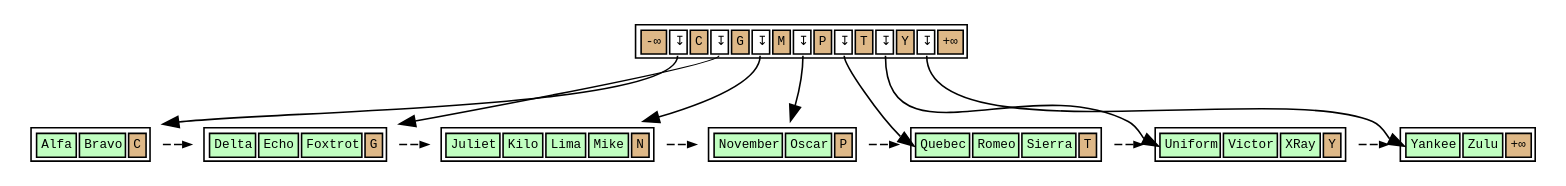
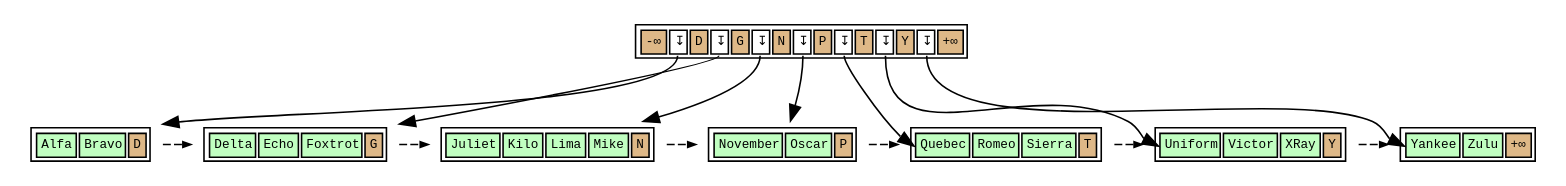
One commit to petergeoghegan/pg_query_internals changed the diagram in lehman-yao-orthodox-btree-suffix-short.dot. Above: the diagram before and after it, drawn with Graphviz. The commit also changed 1 other file, not shown here.

```diff
--- a/lehman-yao-orthodox-btree-suffix-short.dot
+++ b/lehman-yao-orthodox-btree-suffix-short.dot
@@ -1,138 +1,138 @@
 // Example B-Tree graph
 //
 // Breadth-first order
 //
 // Start from root, go left to right
 //
 // Workflow:
 //
 // $ dot -T svg btree.dot -o btree.svg;
 
 digraph nbtree {
 graph [fontname = "monospace"];
 node [shape = none,height=.1,fontname = "monospace",fontsize=8];
 // Level 1 (root level)
 // Downlinks + highkey:
 rootnode[ label=<<table>
                     <tr>
                         <td bgcolor='burlywood' port="s0">-&infin;</td>
                         <td bgcolor='white' port="d0">&#8615;</td>
-                        <td bgcolor='burlywood' port="s1">C</td>
+                        <td bgcolor='burlywood' port="s1">D</td>
                         <td bgcolor='white' port="d1">&#8615;</td>
                         <td bgcolor='burlywood' port="s2">G</td>
                         <td bgcolor='white' port="d2">&#8615;</td>
-                        <td bgcolor='burlywood' port="s3">M</td>
+                        <td bgcolor='burlywood' port="s3">N</td>
                         <td bgcolor='white' port="d3">&#8615;</td>
                         <td bgcolor='burlywood' port="s4">P</td>
                         <td bgcolor='white' port="d4">&#8615;</td>
                         <td bgcolor='burlywood' port="s5">T</td>
                         <td bgcolor='white' port="d5">&#8615;</td>
                         <td bgcolor='burlywood' port="s6">Y</td>
                         <td bgcolor='white' port="d6">&#8615;</td>
                         <td bgcolor='burlywood' port="hk">+&infin;</td>
                     </tr>
                 </table>
                >
         ];
 // Downlink arrows to children:
 "rootnode":d0 -> "leafnode_1"
 "rootnode":d1 -> "leafnode_2"
 "rootnode":d2 -> "leafnode_3"
 "rootnode":d3 -> "leafnode_4"
 // Still need this, to make arrows not overlap too much:
 "rootnode":d4 -> "leafnode_5":t0
 "rootnode":d5 -> "leafnode_6":t0
 "rootnode":d6 -> "leafnode_7":t0
 
 // sibling pointer:
 // (None)
 
 
 // Level 0 (leaf level)
 leafnode_1[ label=<<table>
                     <tr>
                         <td bgcolor='darkseagreen1' port="t0">Alfa</td>
                         <td bgcolor='darkseagreen1' port="t1">Bravo</td>
-                        <td bgcolor='burlywood' port="hk">C</td>
+                        <td bgcolor='burlywood' port="hk">D</td>
                     </tr>
                 </table>
                >
         ];
 // sibling pointer:
 "leafnode_1" -> "leafnode_2"[constraint=false,color=black,style=dashed,arrowsize=0.5]
 leafnode_2[ label=<<table>
                     <tr>
                         <td bgcolor='darkseagreen1' port="t0">Delta</td>
                         <td bgcolor='darkseagreen1' port="t1">Echo</td>
                         <td bgcolor='darkseagreen1' port="t2">Foxtrot</td>
                         <td bgcolor='burlywood' port="hk">G</td>
                     </tr>
                 </table>
                >
         ];
 // sibling pointer:
 "leafnode_2" -> "leafnode_3"[constraint=false,color=black,style=dashed,arrowsize=0.5]
 leafnode_3[ label=<<table>
                     <tr>
                         <td bgcolor='darkseagreen1' port="t0">Juliet</td>
                         <td bgcolor='darkseagreen1' port="t1">Kilo</td>
                         <td bgcolor='darkseagreen1' port="t2">Lima</td>
                         <td bgcolor='darkseagreen1' port="t3">Mike</td>
                         <td bgcolor='burlywood' port="hk">N</td>
                     </tr>
                 </table>
                >
         ];
 // sibling pointer:
 "leafnode_3" -> "leafnode_4"[constraint=false,color=black,style=dashed,arrowsize=0.5]
 leafnode_4[ label=<<table>
                     <tr>
                         <td bgcolor='darkseagreen1' port="t0">November</td>
                         <td bgcolor='darkseagreen1' port="t1">Oscar</td>
                         <td bgcolor='burlywood' port="hk">P</td>
                     </tr>
                 </table>
                >
         ];
 // sibling pointer (not a cousin anymore):
 "leafnode_4" -> "leafnode_5"[constraint=false,color=black,style=dashed,arrowsize=0.5]
 leafnode_5[ label=<<table>
                     <tr>
                         <td bgcolor='darkseagreen1' port="t0">Quebec</td>
                         <td bgcolor='darkseagreen1' port="t1">Romeo</td>
                         <td bgcolor='darkseagreen1' port="t2">Sierra</td>
                         <td bgcolor='burlywood' port="hk">T</td>
                     </tr>
                 </table>
                >
         ];
 // sibling pointer:
 "leafnode_5" -> "leafnode_6"[constraint=false,color=black,style=dashed,arrowsize=0.5]
 leafnode_6[ label=<<table>
                     <tr>
                         <td bgcolor='darkseagreen1' port="t0">Uniform</td>
                         <td bgcolor='darkseagreen1' port="t1">Victor</td>
                         <td bgcolor='darkseagreen1' port="t2">XRay</td>
                         <td bgcolor='burlywood' port="hk">Y</td>
                     </tr>
                 </table>
                >
         ];
 // sibling pointer:
 "leafnode_6" -> "leafnode_7"[constraint=false,color=black,style=dashed,arrowsize=0.5]
 leafnode_7[ label=<<table>
                     <tr>
                         <td bgcolor='darkseagreen1' port="t0">Yankee</td>
                         <td bgcolor='darkseagreen1' port="t1">Zulu</td>
                         <td bgcolor='burlywood' port="hk">+&infin;</td>
                     </tr>
                 </table>
                >
         ];
 // sibling pointer:
 // (None)
 
 //Force alignment from root to internal to leaf levels:
 edge[style=invis];
 "rootnode":s4 -> "leafnode_4":hk
 }
```
